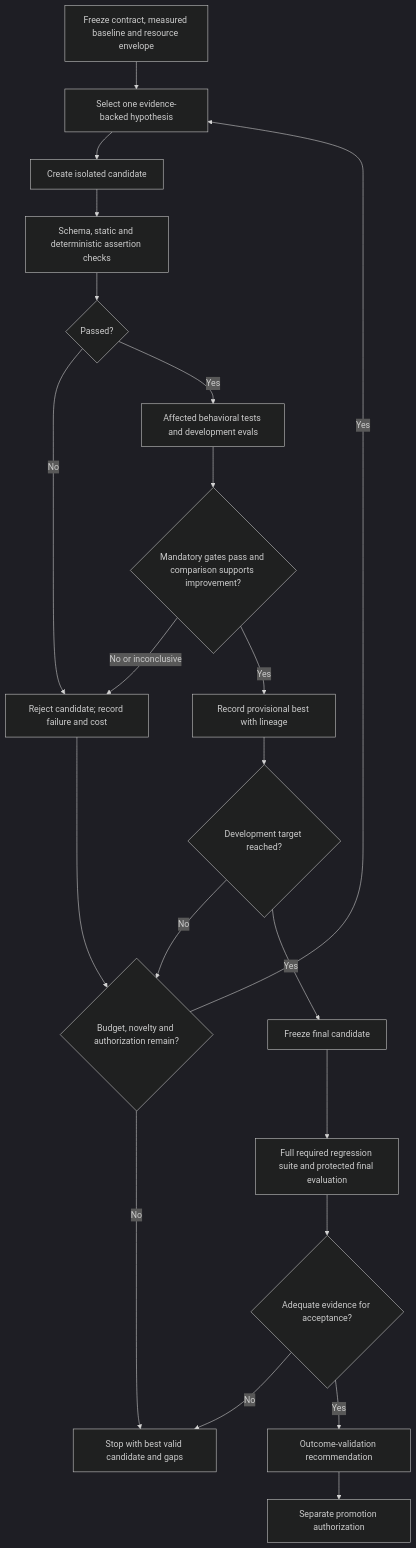
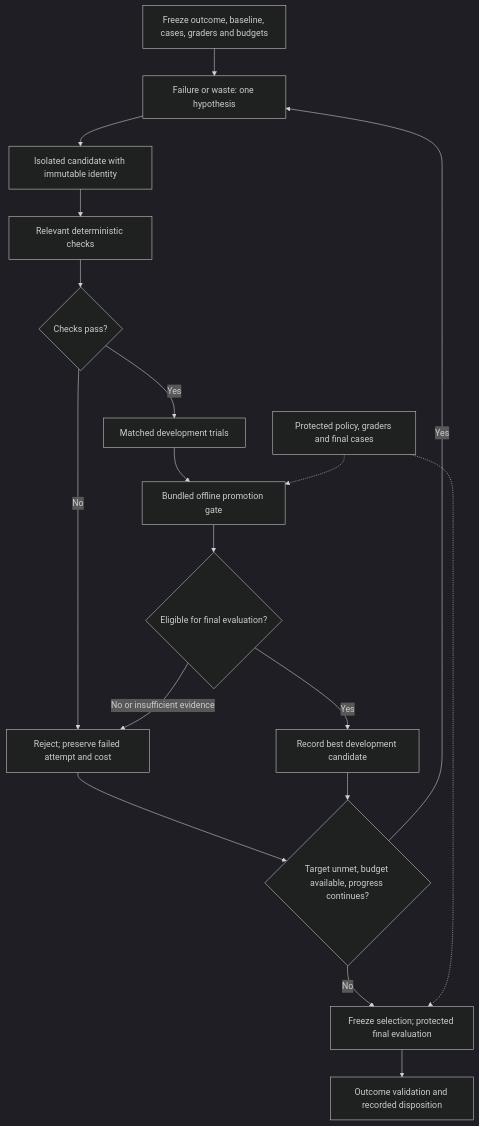
The third of 4 diagrams in docs/ARCHITECTURE.md (bijit-ghosh/Agent-Skills), drawn with Mermaid (dark theme) before and after one commit. The commit also changed other lines of this file and 6 other files, not shown here.

Commit message:
Synchronize architecture, examples, installation and evidence across the 15-skill lifecycle

````diff
--- a/docs/ARCHITECTURE.md
+++ b/docs/ARCHITECTURE.md
@@ -125,23 +137,20 @@
 ```mermaid
 flowchart TD
-    START["Freeze contract, measured baseline and resource envelope"] --> PROPOSE["Select one evidence-backed hypothesis"]
-    PROPOSE --> PATCH["Create isolated candidate"]
-    PATCH --> CHEAP["Schema, static and deterministic assertion checks"]
-    CHEAP --> G1{"Passed?"}
-    G1 -->|"No"| REJECT["Reject candidate; record failure and cost"]
-    G1 -->|"Yes"| DEV["Affected behavioral tests and development evals"]
-    DEV --> G2{"Mandatory gates pass and comparison supports improvement?"}
-    G2 -->|"No or inconclusive"| REJECT
-    G2 -->|"Yes"| BEST["Record provisional best with lineage"]
-    BEST --> TARGET{"Development target reached?"}
-    TARGET -->|"No"| LIMIT
-    REJECT --> LIMIT{"Budget, novelty and authorization remain?"}
-    LIMIT -->|"Yes"| PROPOSE
-    LIMIT -->|"No"| STOP["Stop with best valid candidate and gaps"]
-    TARGET -->|"Yes"| FREEZE["Freeze final candidate"]
-    FREEZE --> FULL["Full required regression suite and protected final evaluation"]
-    FULL --> G3{"Adequate evidence for acceptance?"}
-    G3 -->|"No"| STOP
-    G3 -->|"Yes"| OUTCOME["Outcome-validation recommendation"]
-    OUTCOME --> AUTH["Separate promotion authorization"]
+    Freeze["Freeze outcome, baseline, cases, graders and budgets"] --> Hyp["Failure or waste: one hypothesis"]
+    Hyp --> Candidate["Isolated candidate with immutable identity"]
+    Candidate --> Cheap["Relevant deterministic checks"]
+    Cheap --> Pass{"Checks pass?"}
+    Pass -->|"No"| Reject["Reject; preserve failed attempt and cost"]
+    Pass -->|"Yes"| Dev["Matched development trials"]
+    Dev --> Screen["Bundled offline promotion gate"]
+    Screen --> Eligible{"Eligible for final evaluation?"}
+    Eligible -->|"No or insufficient evidence"| Reject
+    Eligible -->|"Yes"| Incumbent["Record best development candidate"]
+    Reject --> Continue{"Target unmet, budget available, progress continues?"}
+    Incumbent --> Continue
+    Continue -->|"Yes"| Hyp
+    Continue -->|"No"| Final["Freeze selection; protected final evaluation"]
+    Final --> Outcome["Outcome validation and recorded disposition"]
+    Policy["Protected policy, graders and final cases"] -.-> Screen
+    Policy -.-> Final
 ```
````
